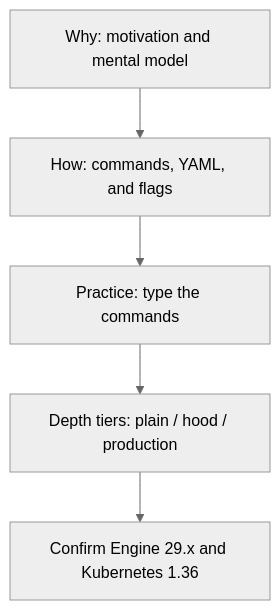
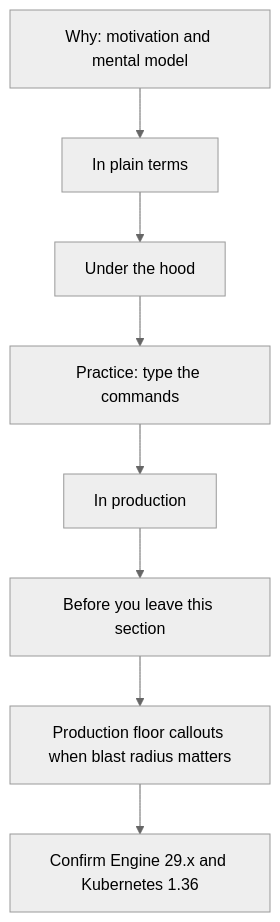
The first of 4 diagrams in mastering-docker-k8s-book/00-preface.md (MainakDasgupta21/Docker-Kubernates), drawn with Mermaid (neutral theme) before and after one commit. The commit also changed other lines of this file and 36 other files, not shown here.

````diff
--- a/mastering-docker-k8s-book/00-preface.md
+++ b/mastering-docker-k8s-book/00-preface.md
@@ -72,7 +100,10 @@
 ```mermaid
 flowchart TD
-  why["Why: motivation and mental model"] --> how["How: commands, YAML, and flags"]
-  how --> practice["Practice: type the commands"]
-  practice --> depth["Depth tiers: plain / hood / production"]
-  depth --> versions["Confirm Engine 29.x and Kubernetes 1.36"]
+  why["Why: motivation and mental model"] --> plain["In plain terms"]
+  plain --> hood["Under the hood"]
+  hood --> practice["Practice: type the commands"]
+  practice --> prod["In production"]
+  prod --> gate["Before you leave this section"]
+  gate --> floor["Production floor callouts when blast radius matters"]
+  floor --> versions["Confirm Engine 29.x and Kubernetes 1.36"]
 ```
````
